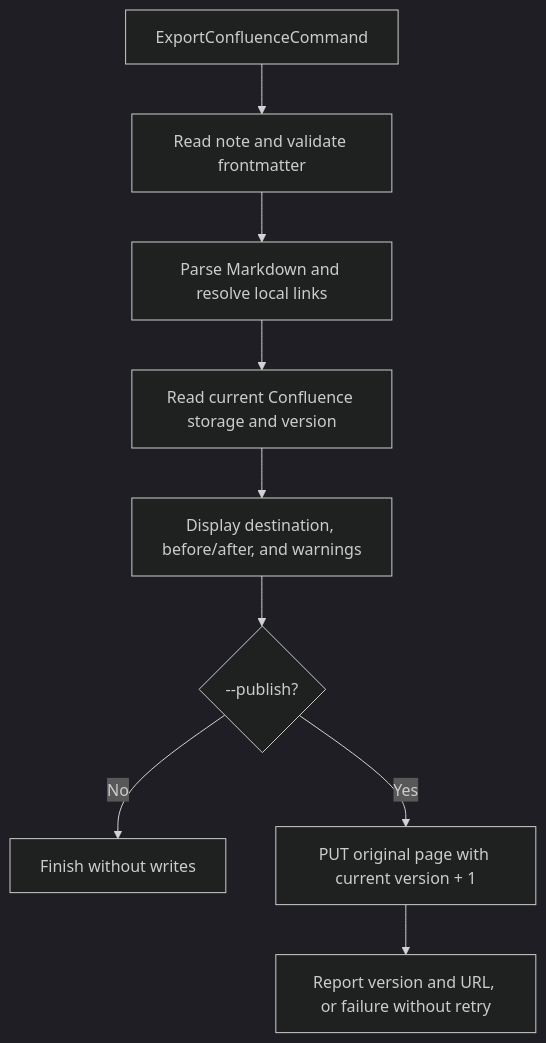
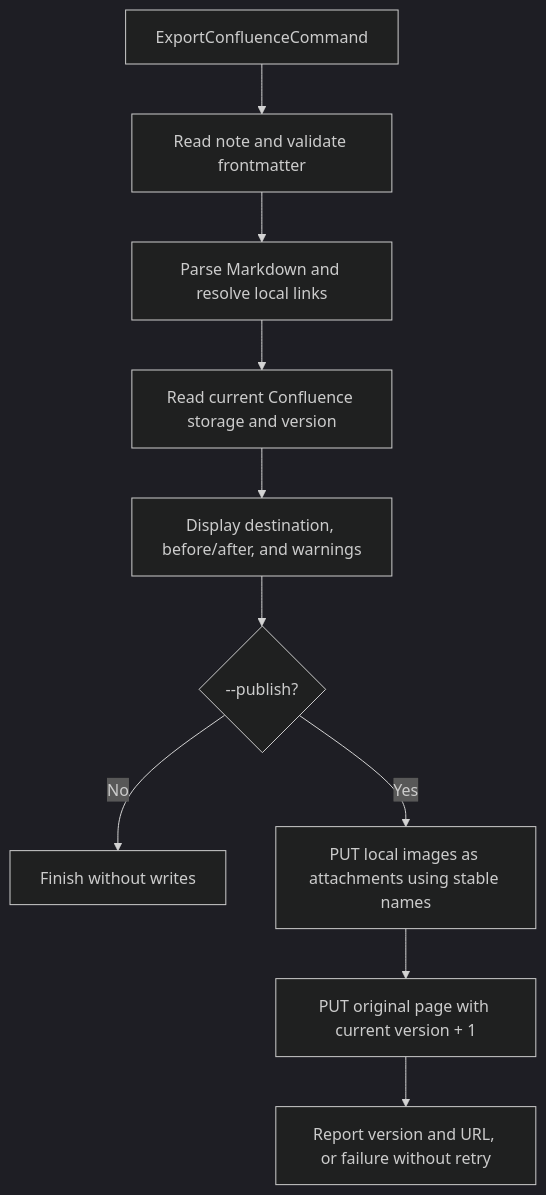
Before and after one commit to virtualLast/symf-confluence-obsidian-commands: the diagram in ARCHITECTURE.md, drawn with Mermaid (dark theme). The commit also changed other lines of this file and 27 other files, not shown here.

````diff
--- a/ARCHITECTURE.md
+++ b/ARCHITECTURE.md
@@ -21,11 +21,12 @@
 ```mermaid
 flowchart TD
     Command[ExportConfluenceCommand] --> Reader[Read note and validate frontmatter]
     Reader --> Converter[Parse Markdown and resolve local links]
     Converter --> Fetch[Read current Confluence storage and version]
     Fetch --> Preview[Display destination, before/after, and warnings]
     Preview --> Gate{--publish?}
     Gate -->|No| Done[Finish without writes]
-    Gate -->|Yes| Update[PUT original page with current version + 1]
+    Gate -->|Yes| Upload[PUT local images as attachments using stable names]
+    Upload --> Update[PUT original page with current version + 1]
     Update --> Result[Report version and URL, or failure without retry]
 ```
````
